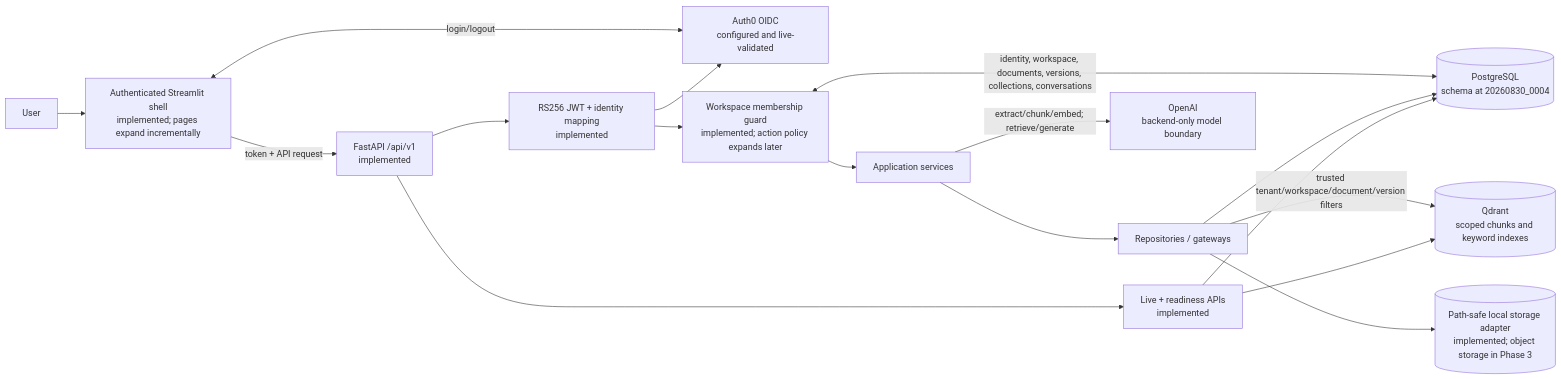
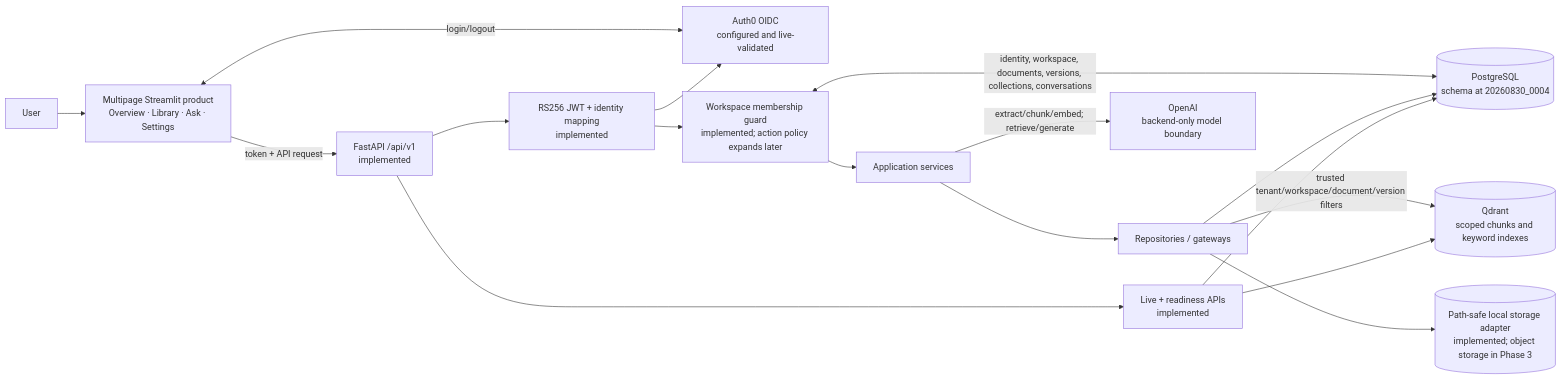
The fourth of 11 diagrams in mm-rag-full-stack-genai-bootcamp-2.0/docs/architecture/ARCHITECTURE.md (mvyas412/ai-projects), drawn with Mermaid before and after one commit. The commit also changed other lines of this file and 14 other files, not shown here.

````diff
--- a/mm-rag-full-stack-genai-bootcamp-2.0/docs/architecture/ARCHITECTURE.md
+++ b/mm-rag-full-stack-genai-bootcamp-2.0/docs/architecture/ARCHITECTURE.md
@@ -207,19 +208,19 @@
 ```mermaid
 flowchart LR
-    user["User"] --> st["Authenticated Streamlit shell<br/>implemented; pages expand incrementally"]
+    user["User"] --> st["Multipage Streamlit product<br/>Overview · Library · Ask · Settings"]
     st <-->|"login/logout"| idp["Auth0 OIDC<br/>configured and live-validated"]
     st -->|"token + API request"| routes["FastAPI /api/v1<br/>implemented"]
     routes --> authn["RS256 JWT + identity mapping<br/>implemented"]
     authn --> idp
     authn --> authz["Workspace membership guard<br/>implemented; action policy expands later"]
     authz <-->|"identity, workspace, documents, versions, collections, conversations"| pg[("PostgreSQL<br/>schema at 20260830_0004")]
     authz --> services["Application services"]
     services --> repos["Repositories / gateways"]
     repos --> pg
     repos -->|"trusted tenant/workspace/document/version filters"| qd[("Qdrant<br/>scoped chunks and keyword indexes")]
     repos --> files[("Path-safe local storage adapter<br/>implemented; object storage in Phase 3")]
     services -->|"extract/chunk/embed; retrieve/generate"| openai["OpenAI<br/>backend-only model boundary"]
     health["Live + readiness APIs<br/>implemented"] --> pg
     health --> qd
     routes --> health
 ```
````
